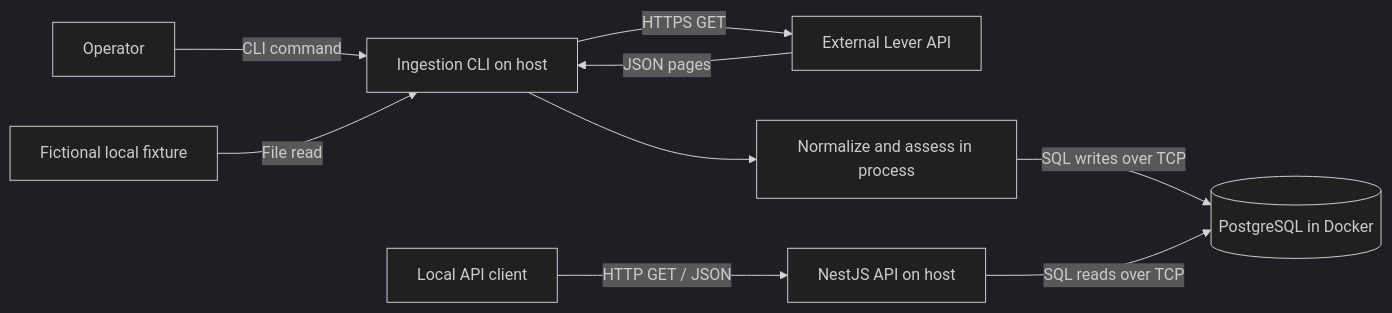
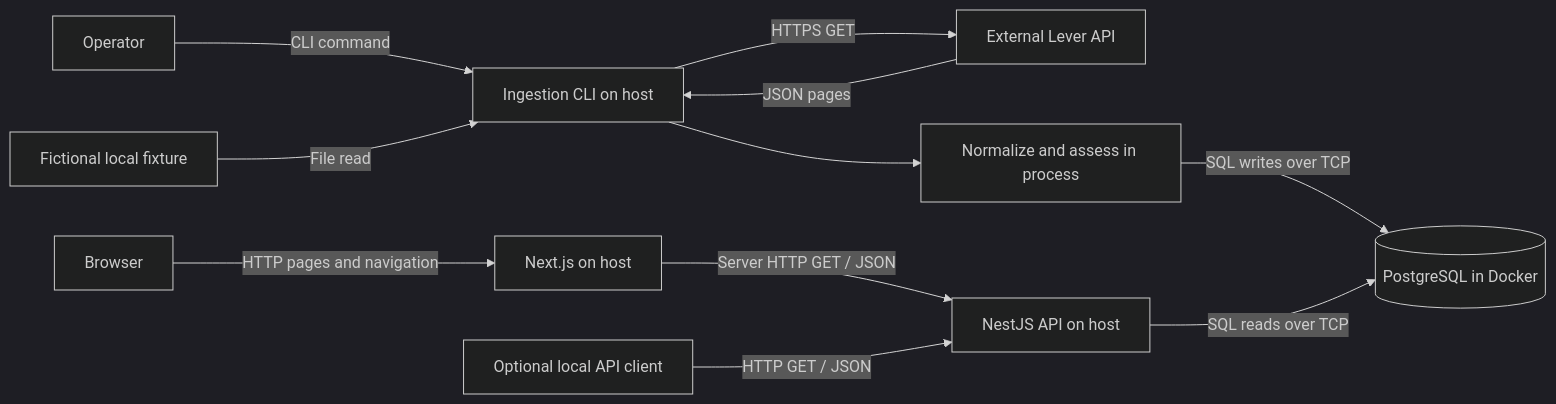
One commit to abhishekguha95/career-radar changed the second of 2 diagrams in docs/SYSTEM_DESIGN.md. Above: the diagram before and after it, drawn with Mermaid (dark theme). The commit also changed other lines of this file and 5 other files, not shown here.

````diff
--- a/docs/SYSTEM_DESIGN.md
+++ b/docs/SYSTEM_DESIGN.md
@@ -96,11 +98,13 @@
 ```mermaid
 flowchart LR
     Operator[Operator] -->|CLI command| Ingest[Ingestion CLI on host]
     Ingest -->|HTTPS GET| Lever[External Lever API]
     Lever -->|JSON pages| Ingest
     Fixture[Fictional local fixture] -->|File read| Ingest
     Ingest --> Core[Normalize and assess in process]
     Core -->|SQL writes over TCP| DB[(PostgreSQL in Docker)]
-    Client[Local API client] -->|HTTP GET / JSON| API[NestJS API on host]
+    Browser[Browser] -->|HTTP pages and navigation| Web[Next.js on host]
+    Web -->|Server HTTP GET / JSON| API[NestJS API on host]
+    Client[Optional local API client] -->|HTTP GET / JSON| API
     API -->|SQL reads over TCP| DB
 ```
````
